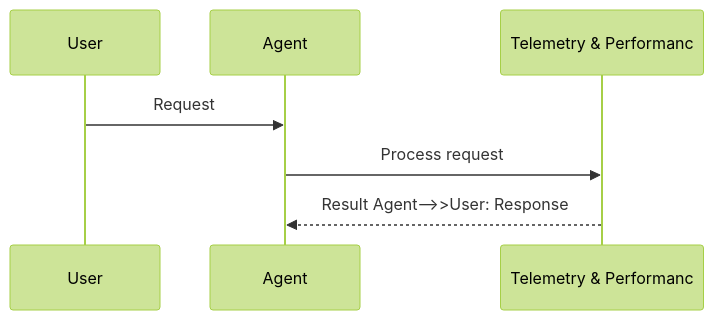
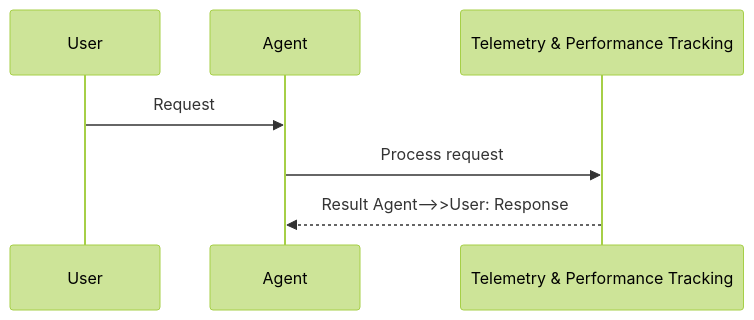
Before and after one commit to MervinPraison/PraisonAIDocs: the second of 2 diagrams in docs/features/telemetry.mdx, drawn with Mermaid (forest theme). The commit also changed 45 other files, not shown here.

First line of the commit message:
docs: fix truncated Mermaid diagram feature names (22-char cutoff)

````diff
--- a/docs/features/telemetry.mdx
+++ b/docs/features/telemetry.mdx
@@ -45,10 +45,10 @@
 ```mermaid
 sequenceDiagram
     participant User
     participant Agent
-    participant Feature as Telemetry & Performanc
+    participant Feature as Telemetry & Performance Tracking
 
     User->>Agent: Request
     Agent->>Feature: Process request
     Feature-->>Agent: Result    Agent-->>User: Response
 ```
````
